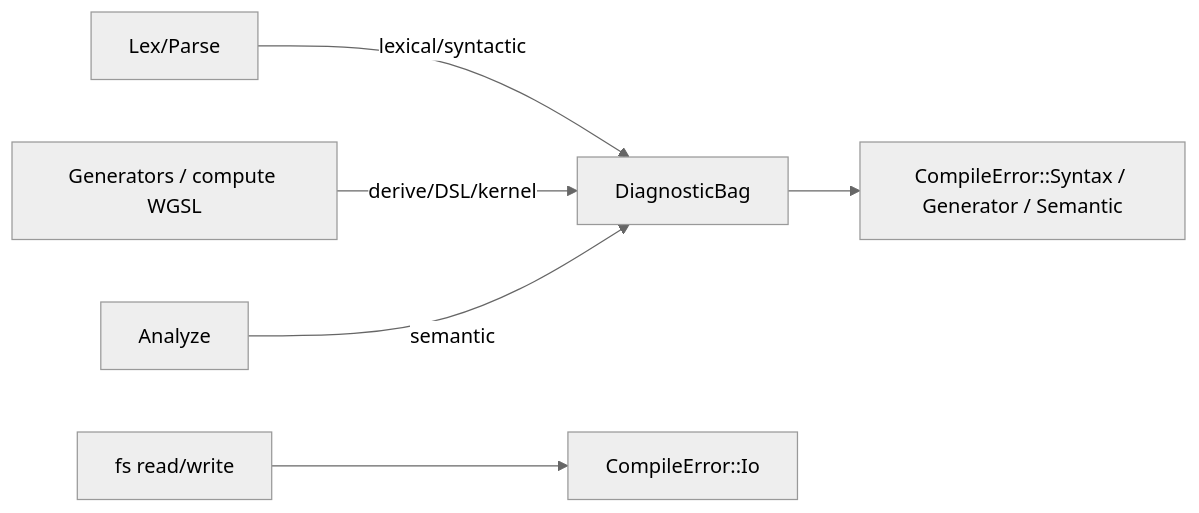
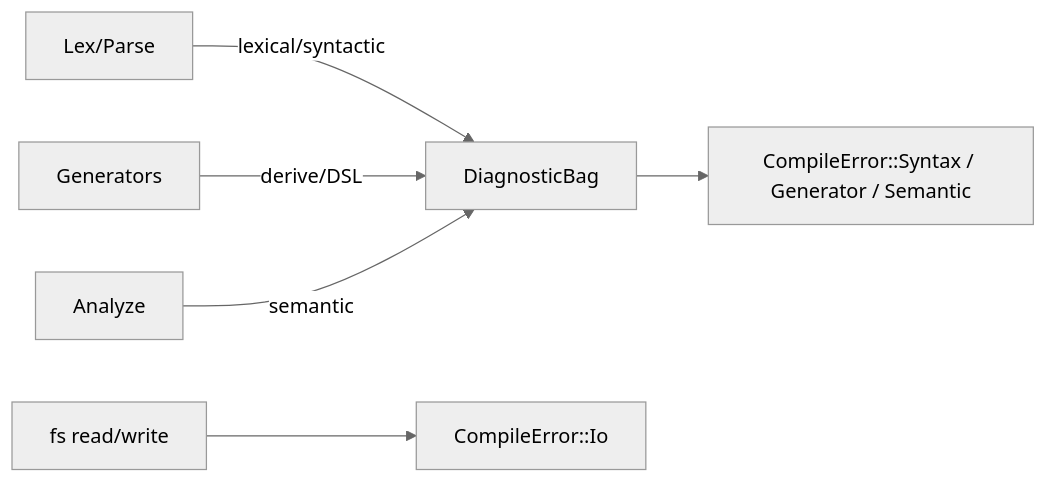
One commit to sps014/dream changed the second of 2 diagrams in docs/internals/01-pipeline-overview.md. Above: the diagram before and after it, drawn with Mermaid (neutral theme). The commit also changed other lines of this file and 661 other files, not shown here.

````diff
--- a/docs/internals/01-pipeline-overview.md
+++ b/docs/internals/01-pipeline-overview.md
@@ -122,8 +120,8 @@
 ```mermaid
 flowchart LR
     A[Lex/Parse] -->|lexical/syntactic| D[DiagnosticBag]
-    G[Generators / compute WGSL] -->|derive/DSL/kernel| D
+    G[Generators] -->|derive/DSL| D
     B[Analyze] -->|semantic| D
     D --> CE1[CompileError::Syntax / Generator / Semantic]
     IO[fs read/write] --> CE3[CompileError::Io]
 ```
````
